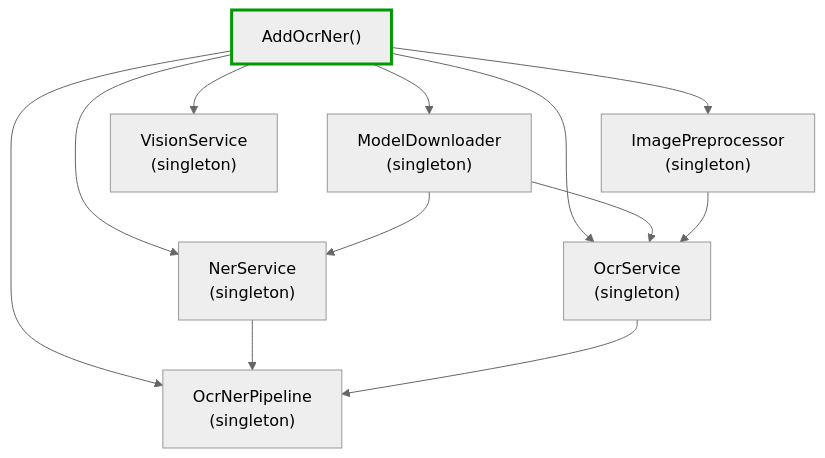
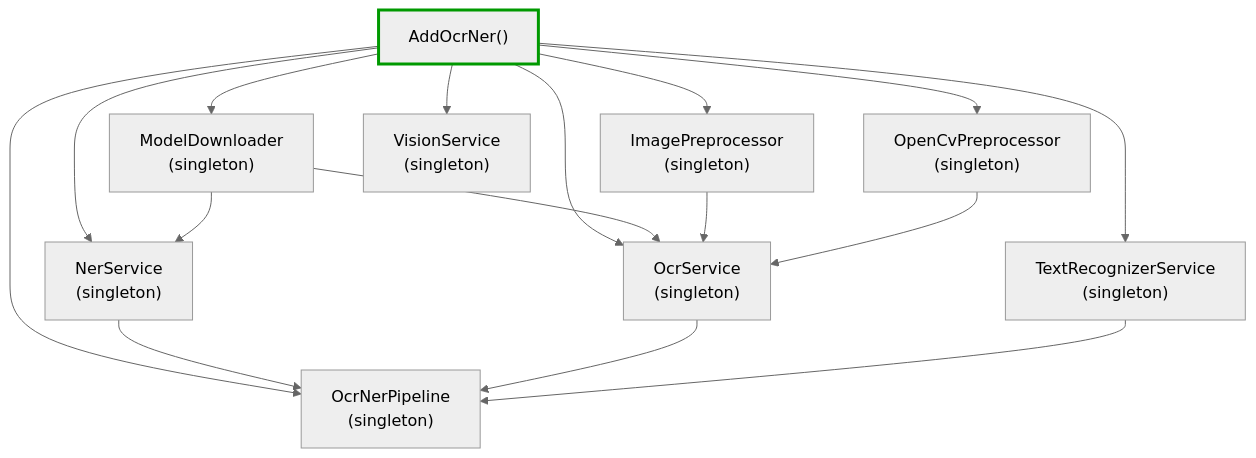
Before and after one commit to Shaddix/mostlylucidweb: the sixth of 7 diagrams in Mostlylucid/Markdown/simple-ocr-ner-nuget.md, drawn with Mermaid (neutral theme). The commit also changed other lines of this file and 25 other files, not shown here.

````diff
--- a/Mostlylucid/Markdown/simple-ocr-ner-nuget.md
+++ b/Mostlylucid/Markdown/simple-ocr-ner-nuget.md
@@ -354,19 +701,23 @@
 ```mermaid
 flowchart TD
     DI["AddOcrNer()"]
 
-    DI --> MD["ModelDownloader<br/>(singleton)"]
-    DI --> PP["ImagePreprocessor<br/>(singleton)"]
-    DI --> NER["NerService<br/>(singleton)"]
-    DI --> OCR["OcrService<br/>(singleton)"]
-    DI --> PIPE["OcrNerPipeline<br/>(singleton)"]
-    DI --> VIS["VisionService<br/>(singleton)"]
+    DI --> MD["ModelDownloader<br>(singleton)"]
+    DI --> PP["ImagePreprocessor<br>(singleton)"]
+    DI --> CV["OpenCvPreprocessor<br>(singleton)"]
+    DI --> NER["NerService<br>(singleton)"]
+    DI --> OCR["OcrService<br>(singleton)"]
+    DI --> PIPE["OcrNerPipeline<br>(singleton)"]
+    DI --> REC["TextRecognizerService<br>(singleton)"]
+    DI --> VIS["VisionService<br>(singleton)"]
 
     MD --> NER
     MD --> OCR
     PP --> OCR
+    CV --> OCR
     NER --> PIPE
     OCR --> PIPE
+    REC --> PIPE
 
     style DI stroke:#090,stroke-width:3px
 ```
````
